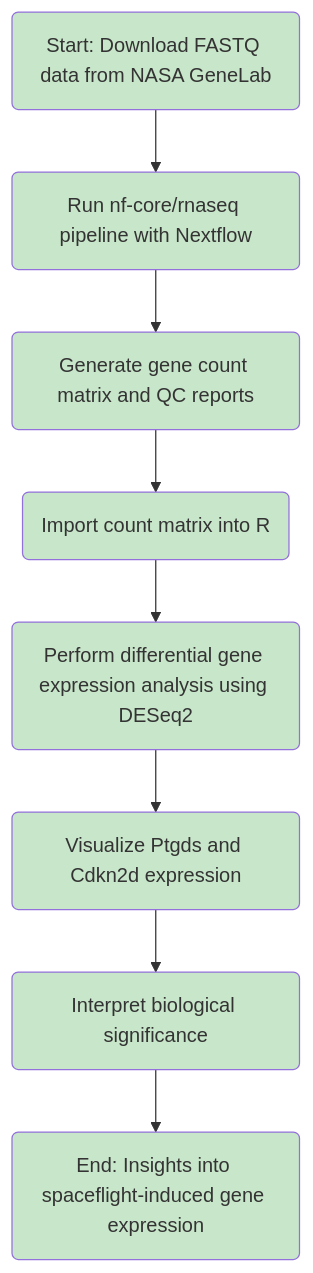
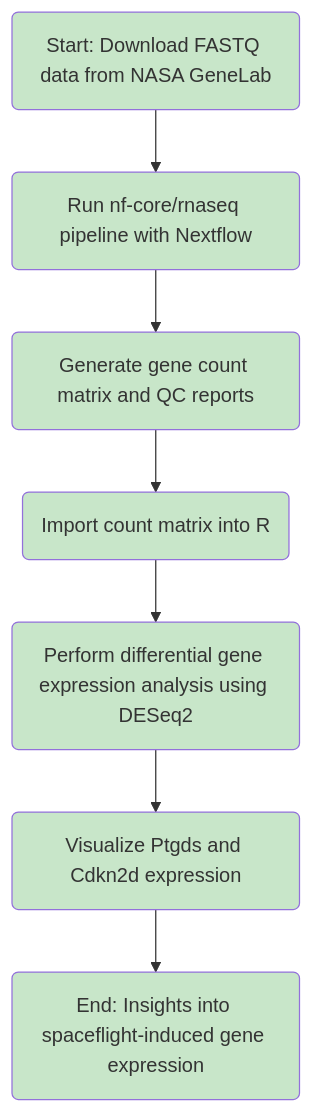
One commit to jayclarke9/BCHM5420A-Project changed the diagram in README.md. Above: the diagram before and after it, drawn with Mermaid.

````diff
--- a/README.md
+++ b/README.md
@@ -11,19 +11,17 @@
 ```mermaid
 flowchart TD
     A("Start: Download FASTQ data from NASA GeneLab") --> B("Run nf-core/rnaseq pipeline with Nextflow")
     B --> C("Generate gene count matrix and QC reports")
     C --> D("Import count matrix into R")
     D --> E("Perform differential gene expression analysis using DESeq2")
     E --> F("Visualize Ptgds and Cdkn2d expression")
-    F --> G("Interpret biological significance")
-    G --> H("End: Insights into spaceflight-induced gene expression")
+    F --> G("End: Insights into spaceflight-induced gene expression")
 
     style A fill:#C8E6C9
     style B fill:#C8E6C9
     style C fill:#C8E6C9
     style D fill:#C8E6C9
     style E fill:#C8E6C9
     style F fill:#C8E6C9
     style G fill:#C8E6C9
-    style H fill:#C8E6C9
   ```
````
